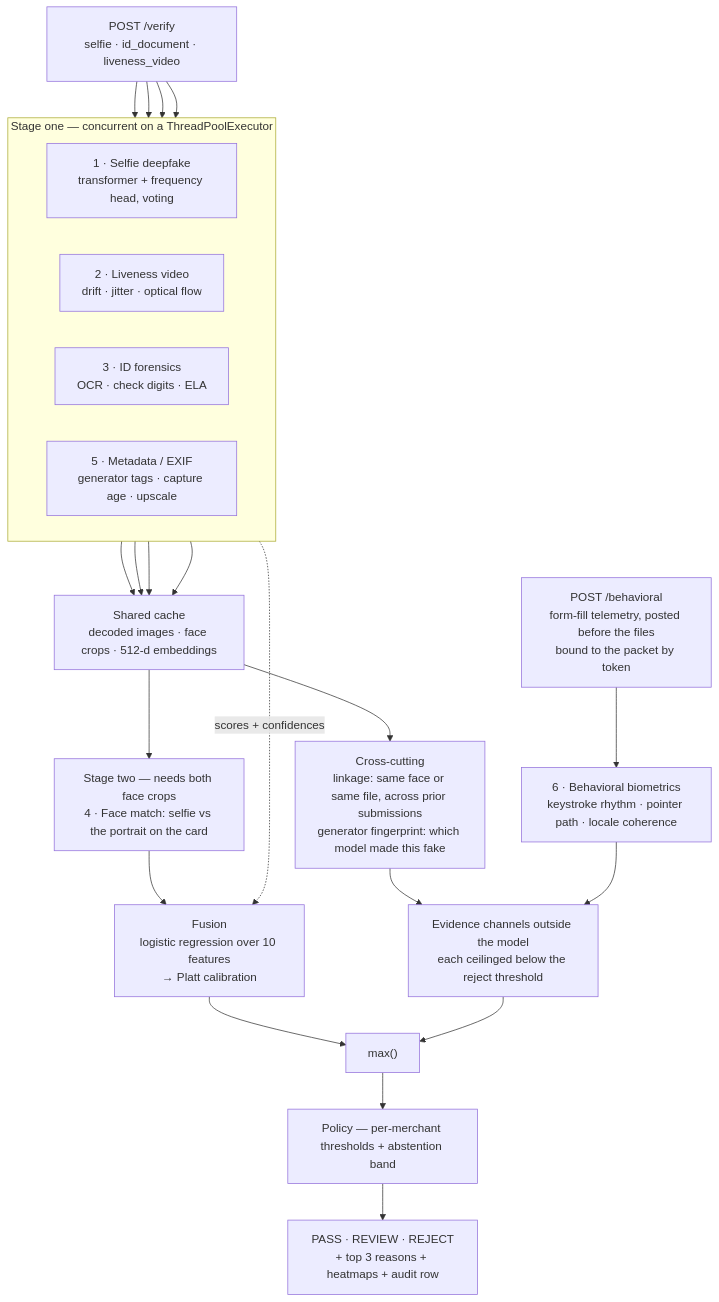
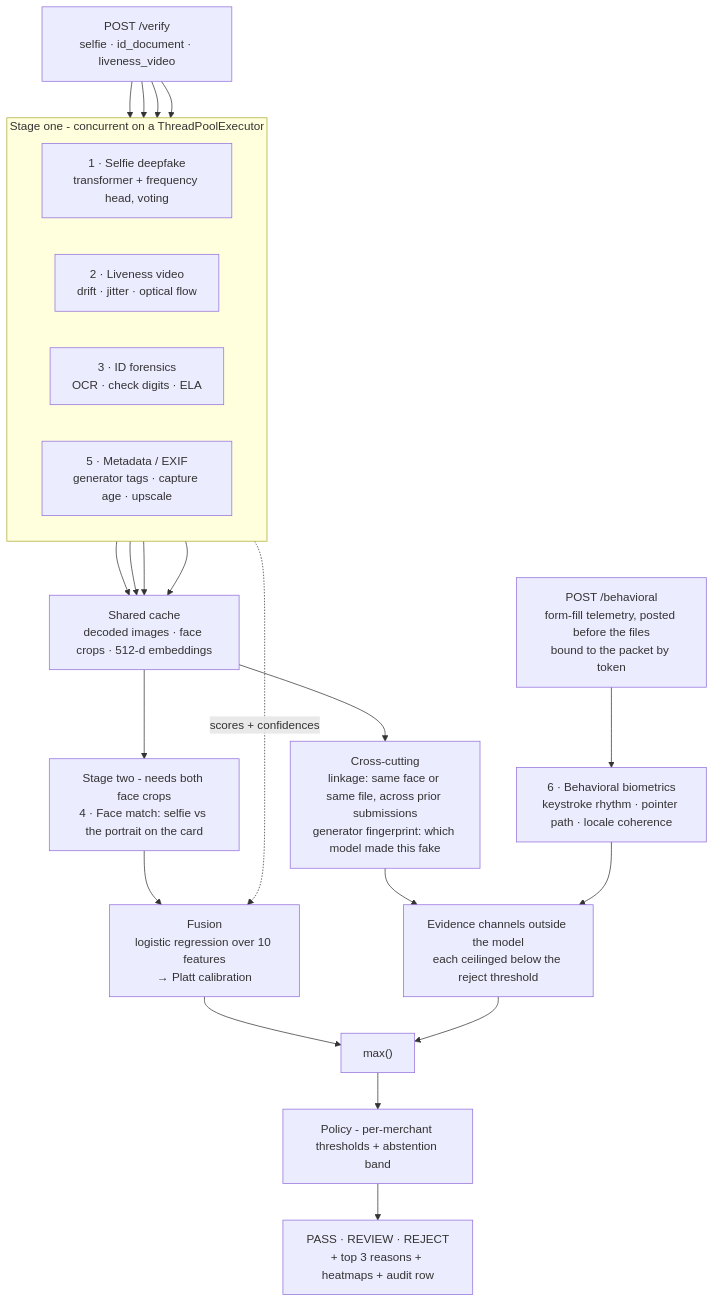
Before and after one commit to Abhist17/verityne: the second of 4 diagrams in README.md, drawn with Mermaid. The commit also changed other lines of this file and 64 other files, not shown here.

````diff
--- a/README.md
+++ b/README.md
@@ -168,31 +168,31 @@
 ```mermaid
 flowchart TB
     IN["POST /verify<br/>selfie · id_document · liveness_video"]
 
-    subgraph ST1["Stage one — concurrent on a ThreadPoolExecutor"]
+    subgraph ST1["Stage one - concurrent on a ThreadPoolExecutor"]
         direction LR
         D1["1 · Selfie deepfake<br/>transformer + frequency head, voting"]
         D2["2 · Liveness video<br/>drift · jitter · optical flow"]
         D3["3 · ID forensics<br/>OCR · check digits · ELA"]
         D5["5 · Metadata / EXIF<br/>generator tags · capture age · upscale"]
     end
 
     IN --> D1 & D2 & D3 & D5
     D1 & D2 & D3 & D5 --> CACHE["Shared cache<br/>decoded images · face crops · 512-d embeddings"]
 
-    CACHE --> D4["Stage two — needs both face crops<br/>4 · Face match: selfie vs the portrait on the card"]
+    CACHE --> D4["Stage two - needs both face crops<br/>4 · Face match: selfie vs the portrait on the card"]
     CACHE --> XC["Cross-cutting<br/>linkage: same face or same file, across prior submissions<br/>generator fingerprint: which model made this fake"]
 
     TEL["POST /behavioral<br/>form-fill telemetry, posted before the files<br/>bound to the packet by token"] --> D6["6 · Behavioral biometrics<br/>keystroke rhythm · pointer path · locale coherence"]
 
     D4 --> FUSE["Fusion<br/>logistic regression over 10 features<br/>→ Platt calibration"]
     ST1 -.->|"scores + confidences"| FUSE
 
     XC --> CEIL["Evidence channels outside the model<br/>each ceilinged below the reject threshold"]
     D6 --> CEIL
 
     FUSE --> MAX["max()"]
     CEIL --> MAX
-    MAX --> POL["Policy — per-merchant thresholds + abstention band"]
+    MAX --> POL["Policy - per-merchant thresholds + abstention band"]
     POL --> OUT["PASS · REVIEW · REJECT<br/>+ top 3 reasons + heatmaps + audit row"]
 ```
````
